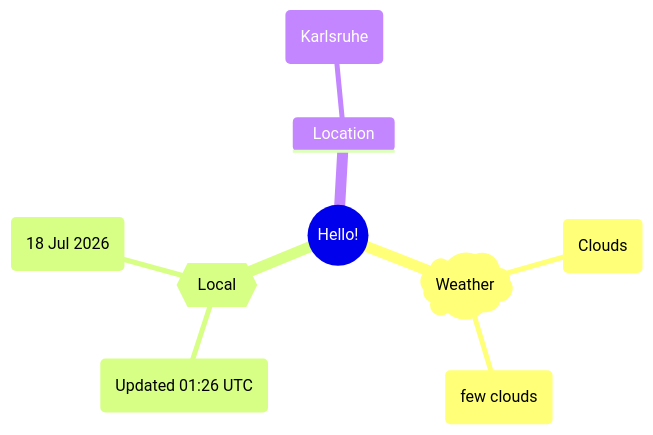
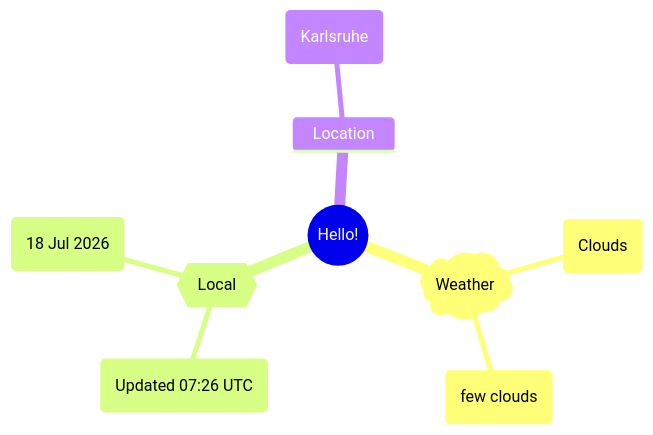
Before and after one commit to Xosrov/Xosrov: the first of 2 diagrams in README.md, drawn with Mermaid.

Commit message:
[bot] updated images

````diff
--- a/README.md
+++ b/README.md
@@ -3,12 +3,12 @@
 ```mermaid
 mindmap
   root((Hello!))
     )Weather(
         (Clouds)
         (few clouds)
     {{Local}}
-        (Updated 01:26 UTC)
+        (Updated 07:26 UTC)
         (18 Jul 2026)
     Location
         (Karlsruhe)
 ```
````
